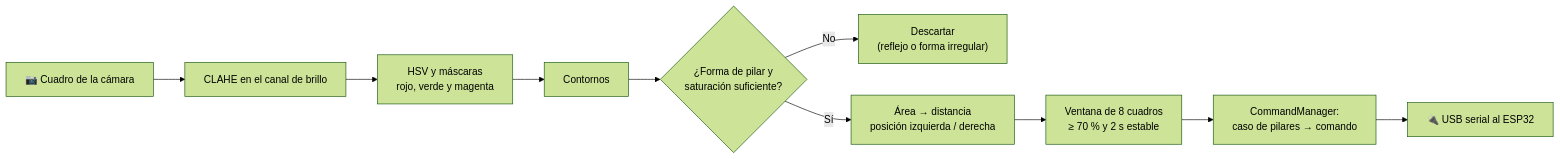
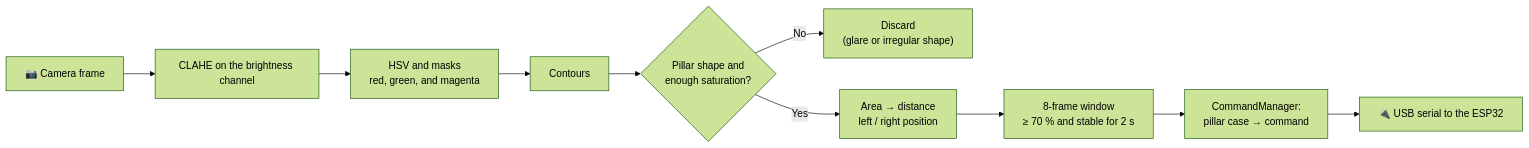
One commit to erchivox/Prometheus-Team-2026 changed diagram 16 of 18 in README.md. Above: the diagram before and after it, drawn with Mermaid (forest theme). The commit also changed other lines of this file and 8 other files, not shown here.

````diff
--- a/README.md
+++ b/README.md
@@ -1797,12 +1797,12 @@
 ```mermaid
 flowchart LR
-    A["📷 Cuadro de la cámara"] --> B["CLAHE en el canal de brillo"]
-    B --> C["HSV y máscaras<br/>rojo, verde y magenta"]
-    C --> D["Contornos"]
-    D --> E{"¿Forma de pilar y<br/>saturación suficiente?"}
-    E -- No --> X["Descartar<br/>(reflejo o forma irregular)"]
-    E -- Sí --> F["Área → distancia<br/>posición izquierda / derecha"]
-    F --> G["Ventana de 8 cuadros<br/>≥ 70 % y 2 s estable"]
-    G --> H["CommandManager:<br/>caso de pilares → comando"]
-    H --> I["🔌 USB serial al ESP32"]
+    A["📷 Camera frame"] --> B["CLAHE on the brightness channel"]
+    B --> C["HSV and masks<br/>red, green, and magenta"]
+    C --> D["Contours"]
+    D --> E{"Pillar shape and<br/>enough saturation?"}
+    E -- No --> X["Discard<br/>(glare or irregular shape)"]
+    E -- Yes --> F["Area → distance<br/>left / right position"]
+    F --> G["8-frame window<br/>≥ 70 % and stable for 2 s"]
+    G --> H["CommandManager:<br/>pillar case → command"]
+    H --> I["🔌 USB serial to the ESP32"]
 ```
````
